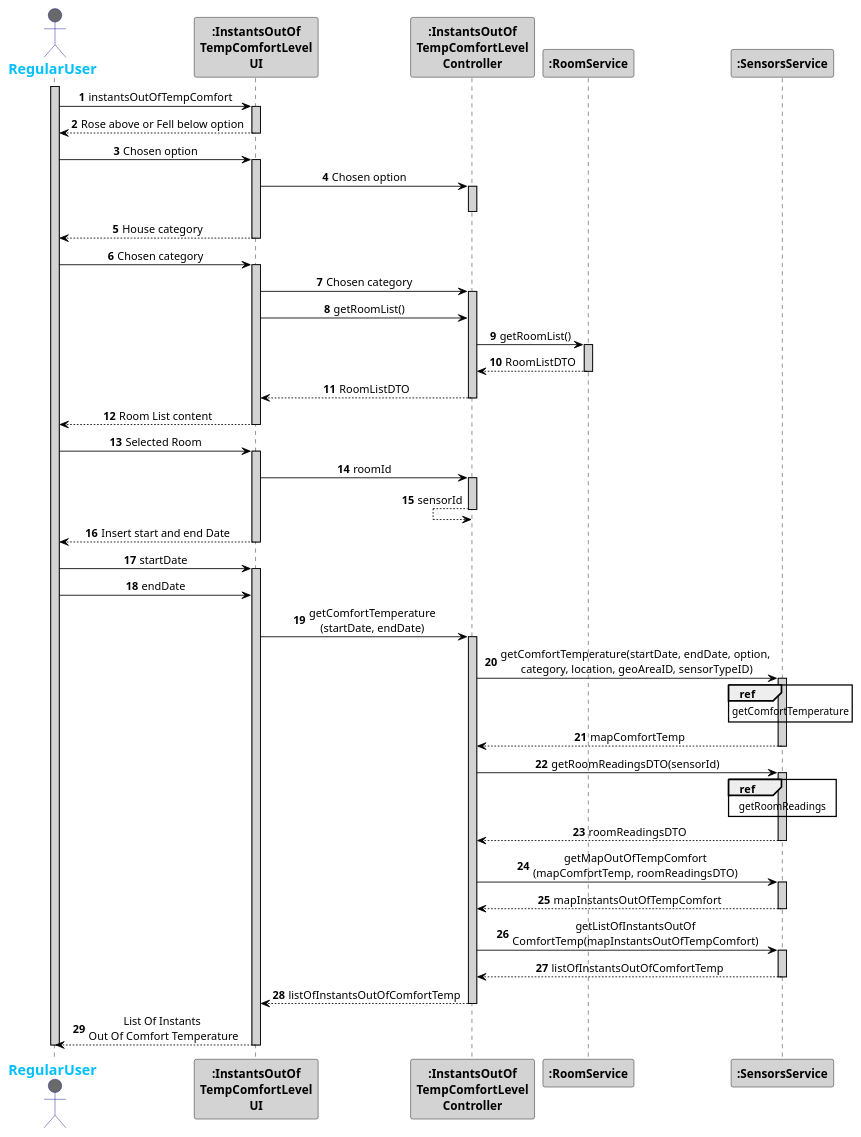
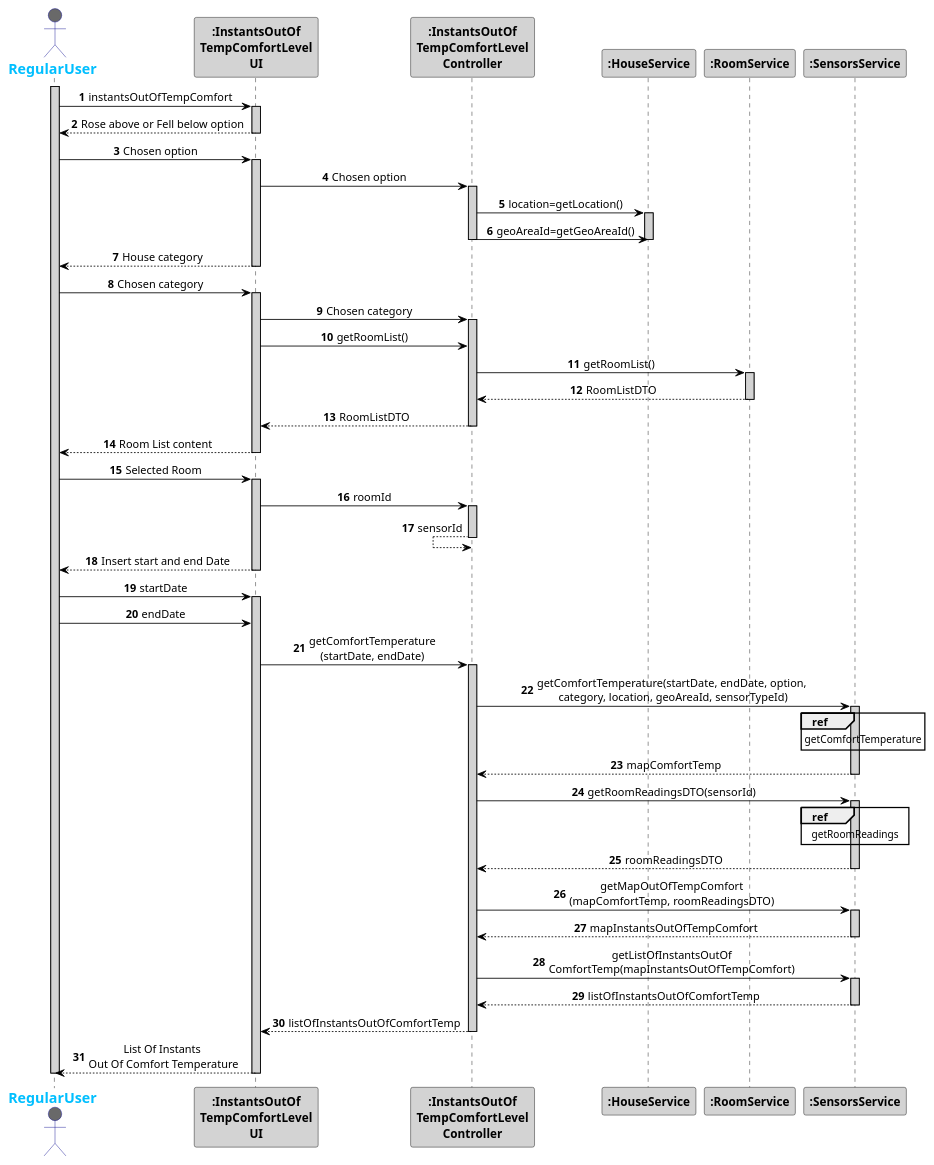
One commit to 1181687/hateoasToy changed the diagram in src/main/java/pt/ipp/isep/dei/project/controllers/instantstempoutofcomfortlevelcontroller/SD_InstantsTempOutOfComfortLevel.puml. Above: the diagram before and after it, drawn with PlantUML. The commit also changed 2 other files, not shown here.

```diff
--- a/src/main/java/pt/ipp/isep/dei/project/controllers/instantstempoutofcomfortlevelcontroller/SD_InstantsTempOutOfComfortLevel.puml
+++ b/src/main/java/pt/ipp/isep/dei/project/controllers/instantstempoutofcomfortlevelcontroller/SD_InstantsTempOutOfComfortLevel.puml
@@ -1,90 +1,94 @@
 @startuml
 skinparam sequenceMessageAlign center
 skinparam sequence {
     ArrowColor Black
     ActorBorderColor DarkBlue
     LifeLineBorderColor black
     LifeLineBackgroundColor LightGrey
 
     ParticipantBorderColor Black
     ParticipantBackgroundColor LightGrey
     ParticipantFontStyle Bold
 
     ActorBackgroundColor DimGrey
     ActorFontColor DeepSkyBlue
     ActorFontStyle Bold
     ActorFontSize 17
     ActorFontName Aapex
 }
 
 autonumber
 actor RegularUser
 activate RegularUser
 RegularUser -> ":InstantsOutOf\nTempComfortLevel\nUI": instantsOutOfTempComfort
 activate ":InstantsOutOf\nTempComfortLevel\nUI"
 ":InstantsOutOf\nTempComfortLevel\nUI" --> RegularUser: Rose above or Fell below option
 deactivate ":InstantsOutOf\nTempComfortLevel\nUI"
 RegularUser -> ":InstantsOutOf\nTempComfortLevel\nUI": Chosen option
 activate ":InstantsOutOf\nTempComfortLevel\nUI"
 ":InstantsOutOf\nTempComfortLevel\nUI" -> ":InstantsOutOf\nTempComfortLevel\nController" : Chosen option
 activate ":InstantsOutOf\nTempComfortLevel\nController"
+":InstantsOutOf\nTempComfortLevel\nController" -> ":HouseService" : location=getLocation()
+activate ":HouseService"
+":InstantsOutOf\nTempComfortLevel\nController" -> ":HouseService" : geoAreaId=getGeoAreaId()
+deactivate ":HouseService"
 deactivate ":InstantsOutOf\nTempComfortLevel\nController"
 ":InstantsOutOf\nTempComfortLevel\nUI" --> RegularUser: House category
 deactivate ":InstantsOutOf\nTempComfortLevel\nUI"
 RegularUser -> ":InstantsOutOf\nTempComfortLevel\nUI": Chosen category
 activate ":InstantsOutOf\nTempComfortLevel\nUI"
 ":InstantsOutOf\nTempComfortLevel\nUI" -> ":InstantsOutOf\nTempComfortLevel\nController" : Chosen category
 activate ":InstantsOutOf\nTempComfortLevel\nController"
 ":InstantsOutOf\nTempComfortLevel\nUI" -> ":InstantsOutOf\nTempComfortLevel\nController" : getRoomList()
 ":InstantsOutOf\nTempComfortLevel\nController" -> ":RoomService": getRoomList()
 activate ":RoomService"
 ":InstantsOutOf\nTempComfortLevel\nController" <-- ":RoomService": RoomListDTO
 deactivate ":RoomService"
 ":InstantsOutOf\nTempComfortLevel\nUI" <-- ":InstantsOutOf\nTempComfortLevel\nController" : RoomListDTO
 deactivate ":InstantsOutOf\nTempComfortLevel\nController"
 RegularUser <-- ":InstantsOutOf\nTempComfortLevel\nUI" : Room List content
 deactivate ":InstantsOutOf\nTempComfortLevel\nUI"
 RegularUser -> ":InstantsOutOf\nTempComfortLevel\nUI":  Selected Room
 activate ":InstantsOutOf\nTempComfortLevel\nUI"
 ":InstantsOutOf\nTempComfortLevel\nUI" -> ":InstantsOutOf\nTempComfortLevel\nController" : roomId
 activate ":InstantsOutOf\nTempComfortLevel\nController"
 ":InstantsOutOf\nTempComfortLevel\nController" <-- ":InstantsOutOf\nTempComfortLevel\nController" : sensorId
 deactivate ":InstantsOutOf\nTempComfortLevel\nController"
 RegularUser <-- ":InstantsOutOf\nTempComfortLevel\nUI" : Insert start and end Date
 deactivate ":InstantsOutOf\nTempComfortLevel\nUI"
 RegularUser -> ":InstantsOutOf\nTempComfortLevel\nUI": startDate
 activate ":InstantsOutOf\nTempComfortLevel\nUI"
 RegularUser -> ":InstantsOutOf\nTempComfortLevel\nUI": endDate
 ":InstantsOutOf\nTempComfortLevel\nUI" -> ":InstantsOutOf\nTempComfortLevel\nController" : getComfortTemperature\n(startDate, endDate)
 activate ":InstantsOutOf\nTempComfortLevel\nController"
-":InstantsOutOf\nTempComfortLevel\nController" -> ":SensorsService": getComfortTemperature(startDate, endDate, option,\n category, location, geoAreaID, sensorTypeID)
+":InstantsOutOf\nTempComfortLevel\nController" -> ":SensorsService": getComfortTemperature(startDate, endDate, option,\n category, location, geoAreaId, sensorTypeId)
 activate ":SensorsService"
 ref over ":SensorsService"
 getComfortTemperature
 end
 ":InstantsOutOf\nTempComfortLevel\nController" <-- ":SensorsService" : mapComfortTemp
 deactivate ":SensorsService"
 ":InstantsOutOf\nTempComfortLevel\nController" -> ":SensorsService": getRoomReadingsDTO(sensorId)
 activate ":SensorsService"
 ref over ":SensorsService"
 getRoomReadings
 end
 ":InstantsOutOf\nTempComfortLevel\nController" <-- ":SensorsService" : roomReadingsDTO
 deactivate ":SensorsService"
 ":InstantsOutOf\nTempComfortLevel\nController" -> ":SensorsService": getMapOutOfTempComfort\n(mapComfortTemp, roomReadingsDTO)
 activate ":SensorsService"
 ":InstantsOutOf\nTempComfortLevel\nController" <-- ":SensorsService" : mapInstantsOutOfTempComfort
 deactivate ":SensorsService"
 ":InstantsOutOf\nTempComfortLevel\nController" -> ":SensorsService": getListOfInstantsOutOf\nComfortTemp(mapInstantsOutOfTempComfort)
 activate ":SensorsService"
 ":InstantsOutOf\nTempComfortLevel\nController" <-- ":SensorsService" : listOfInstantsOutOfComfortTemp
 deactivate ":SensorsService"
 ":InstantsOutOf\nTempComfortLevel\nUI" <-- ":InstantsOutOf\nTempComfortLevel\nController"  : listOfInstantsOutOfComfortTemp
 deactivate ":InstantsOutOf\nTempComfortLevel\nController"
 RegularUser <-- ":InstantsOutOf\nTempComfortLevel\nUI": List Of Instants \nOut Of Comfort Temperature
 deactivate ":InstantsOutOf\nTempComfortLevel\nUI"
 deactivate RegularUser
 
 
 
 @enduml
```
